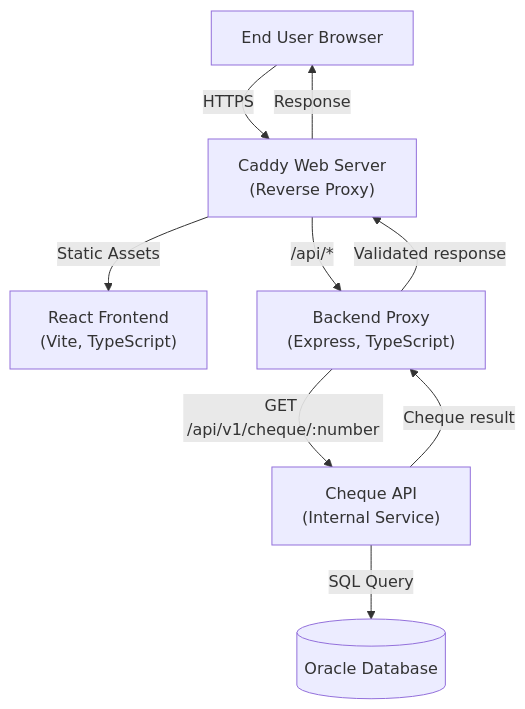
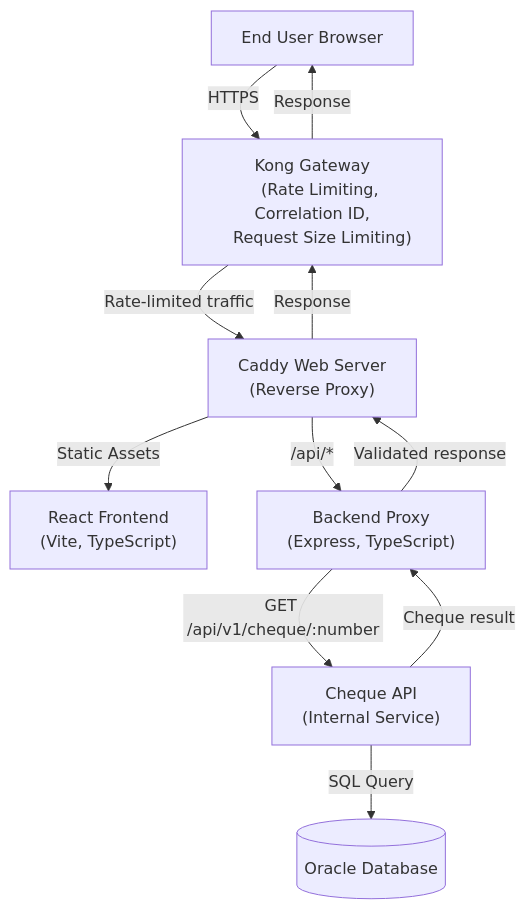
Before and after one commit to bcgov/cheque-verification: the diagram in docs/architecture.md, drawn with Mermaid. The commit also changed other lines of this file and 1 other file, not shown here.

First line of the commit message:
Add Kong gateway to architecture docs

````diff
--- a/docs/architecture.md
+++ b/docs/architecture.md
@@ -7,22 +7,27 @@
 ```mermaid
 flowchart TD
     User[End User Browser]
+    Kong["Kong Gateway
+    (Rate Limiting, Correlation ID,
+    Request Size Limiting)"]
     Caddy["Caddy Web Server
     (Reverse Proxy)"]
     FE["React Frontend
     (Vite, TypeScript)"]
     BE["Backend Proxy
     (Express, TypeScript)"]
     API["Cheque API
     (Internal Service)"]
     DB[(Oracle Database)]
 
-    User -->|HTTPS| Caddy
+    User -->|HTTPS| Kong
+    Kong -->|Rate-limited traffic| Caddy
     Caddy -->|Static Assets| FE
     Caddy -->|/api/*| BE
     BE -->|GET /api/v1/cheque/:number| API
     API -->|SQL Query| DB
     API -->|Cheque result| BE
     BE -->|Validated response| Caddy
-    Caddy -->|Response| User
+    Caddy -->|Response| Kong
+    Kong -->|Response| User
 ```
````
